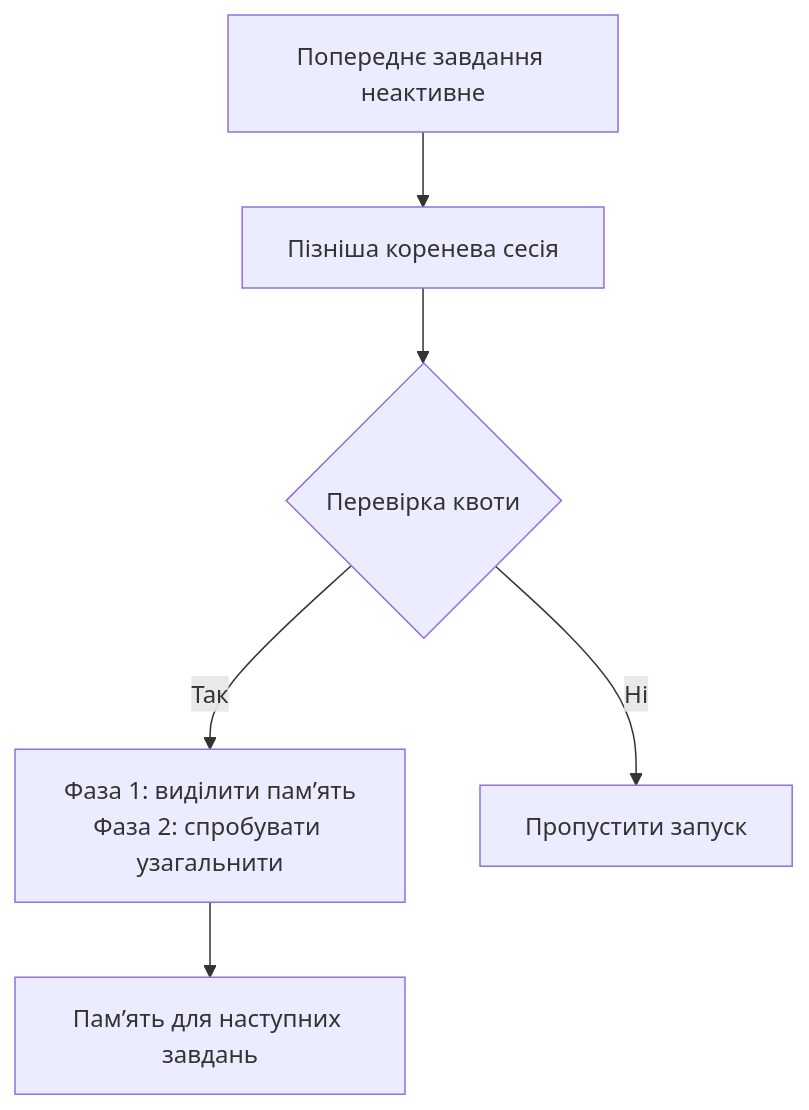
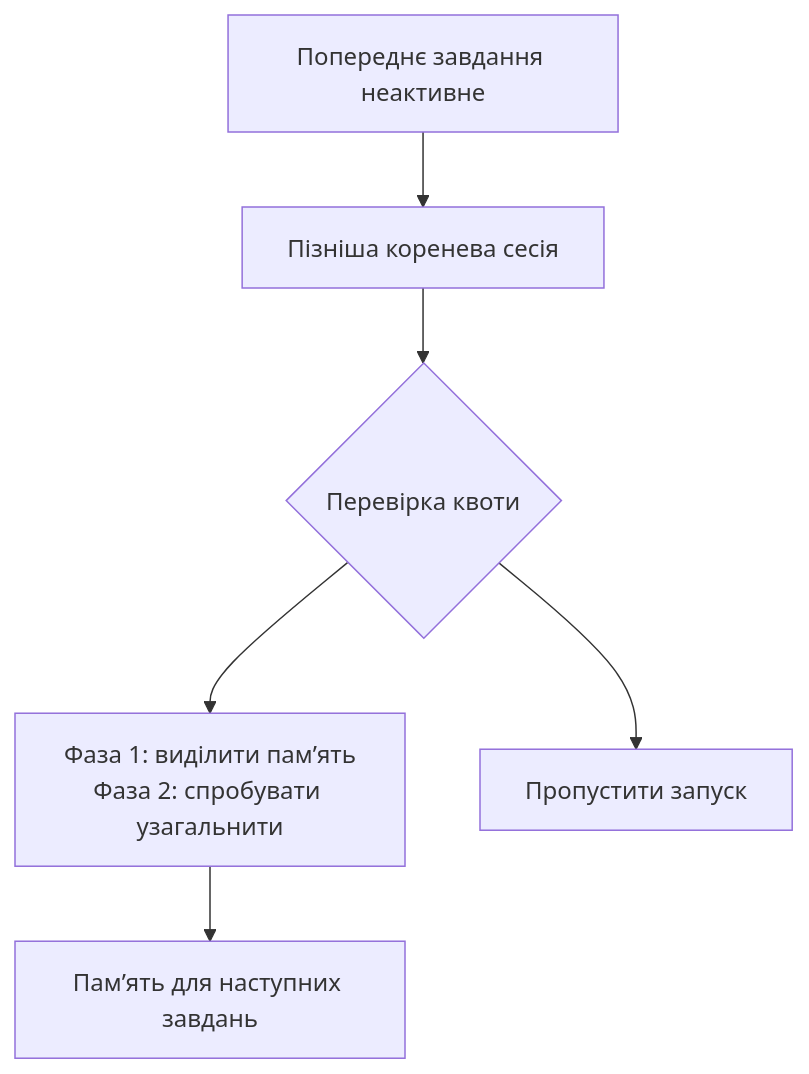
One commit to exsesx/exsesx.dev changed the diagram in src/content/blog/codex-memories/uk.mdx. Above: the diagram before and after it, drawn with Mermaid. The commit also changed 6 other files, not shown here.

````diff
--- a/src/content/blog/codex-memories/uk.mdx
+++ b/src/content/blog/codex-memories/uk.mdx
@@ -48,10 +48,10 @@
 ```mermaid
 flowchart TD
   accTitle: Конвеєр локальної пам’яті Codex
   accDescr: Попереднє завдання певний час не має активності, пізніше кореневе завдання запускає фоновий конвеєр, а Codex послідовно намагається виділити й узагальнити пам’ять для майбутніх завдань.
   previous["Попереднє завдання неактивне"] --> startup["Пізніша коренева сесія"]
   startup --> gate{"Перевірка квоти"}
-  gate -->|Так| pipeline["Фаза 1: виділити пам’ять<br/>Фаза 2: спробувати узагальнити"]
+  gate --> pipeline["Фаза 1: виділити пам’ять<br/>Фаза 2: спробувати узагальнити"]
   pipeline --> future["Пам’ять для наступних завдань"]
-  gate -->|Ні| skip["Пропустити запуск"]
+  gate --> skip["Пропустити запуск"]
 ```
````
